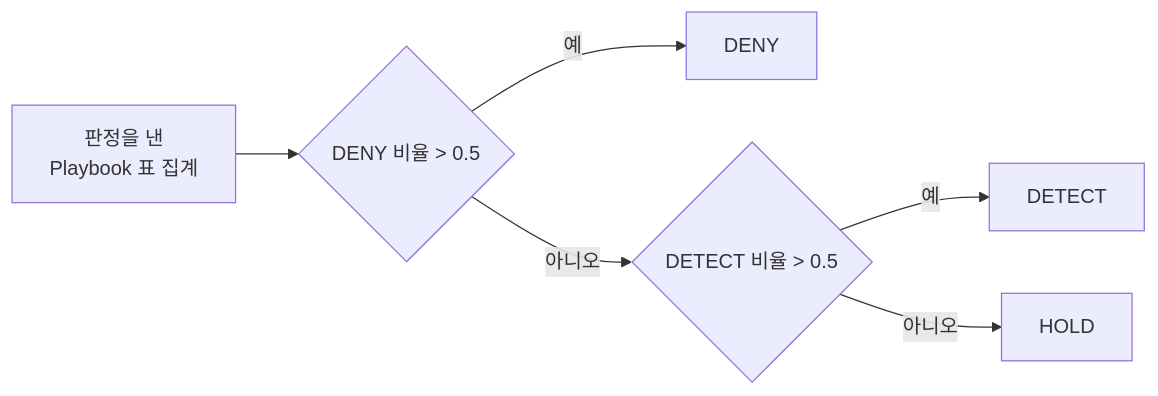
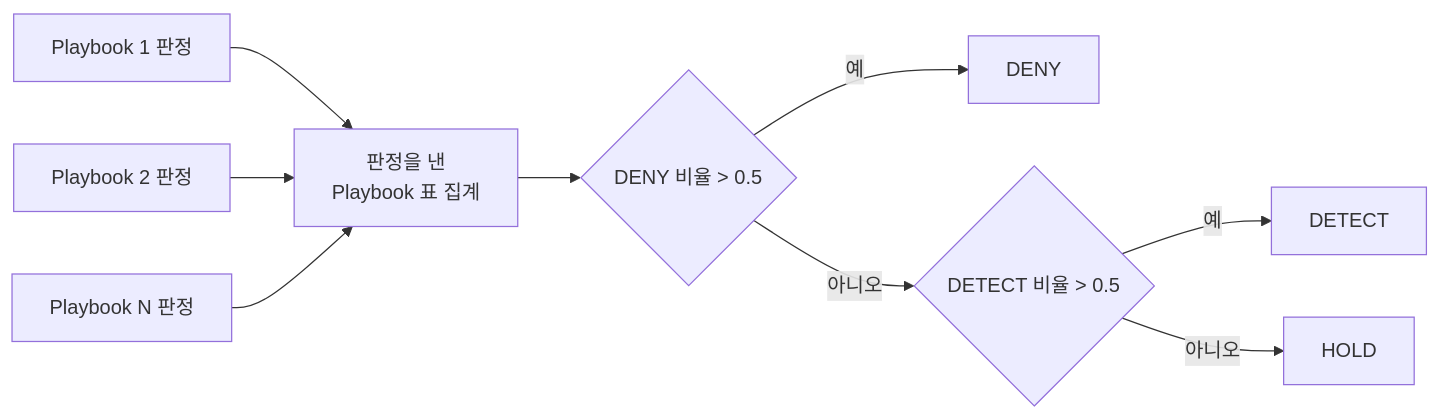
The tenth of 12 diagrams in README.md (1Tsw0rd/shire-guard), drawn with Mermaid before and after one commit. The commit also changed other lines of this file, not shown here.

````diff
--- a/README.md
+++ b/README.md
@@ -815,8 +800,11 @@
 ```mermaid
 flowchart LR
-    V["판정을 낸<br/>Playbook 표 집계"] --> D{"DENY 비율 > 0.5"}
+    P1["Playbook 1 판정"] --> V["판정을 낸<br/>Playbook 표 집계"]
+    P2["Playbook 2 판정"] --> V
+    PN["Playbook N 판정"] --> V
+    V --> D{"DENY 비율 > 0.5"}
     D -->|"예"| DENY["DENY"]
     D -->|"아니오"| T{"DETECT 비율 > 0.5"}
     T -->|"예"| DETECT["DETECT"]
     T -->|"아니오"| HOLD["HOLD"]
 ```
````
